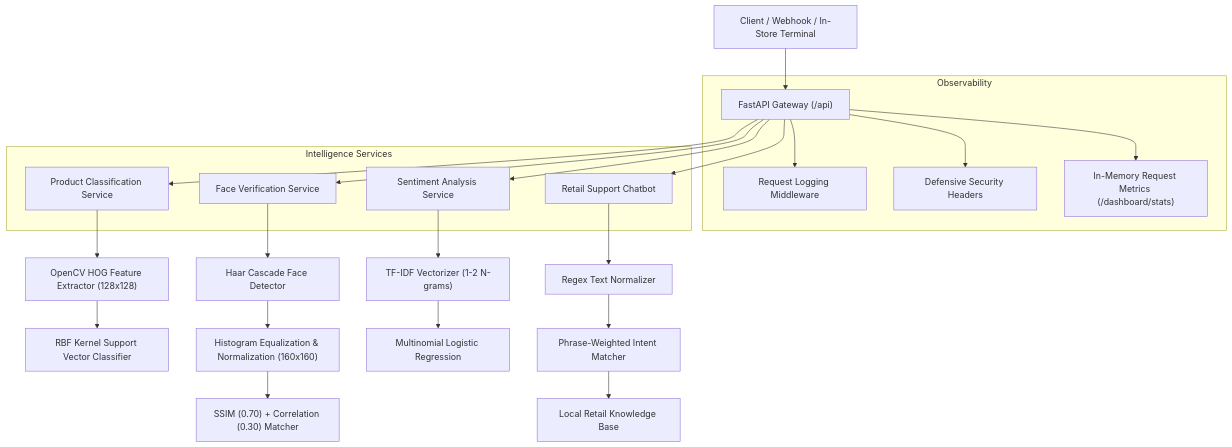
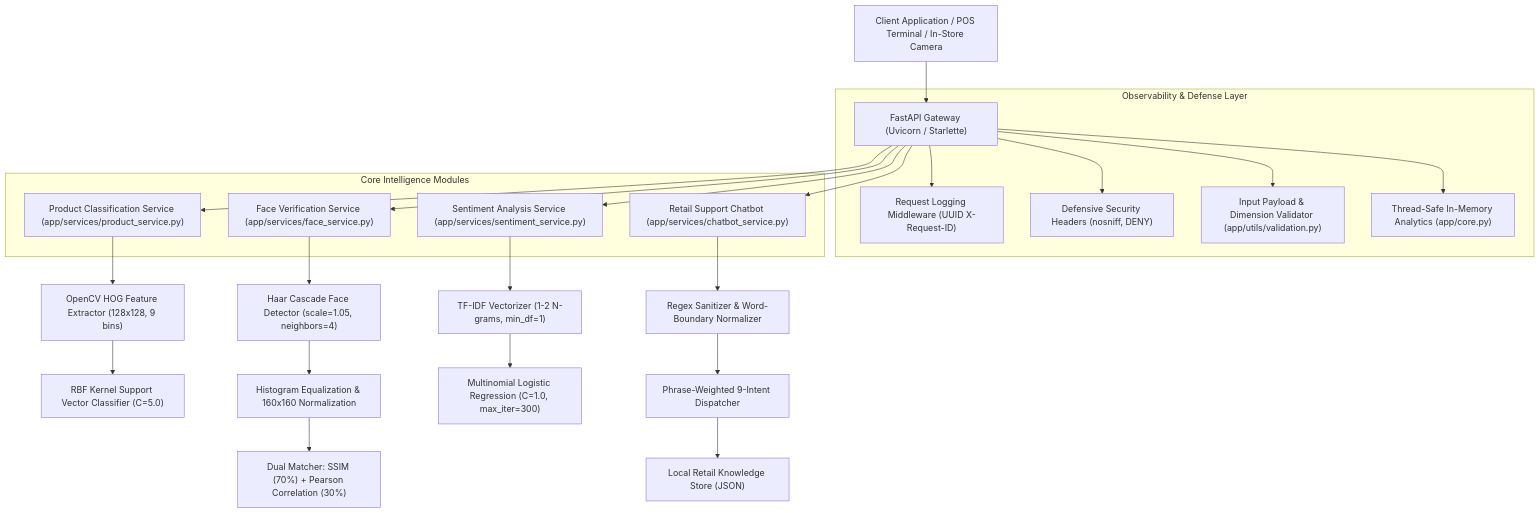
The diagram in docs/ARCHITECTURE.md (1-a-d-i-t-y-a/smart-retail-ai), drawn with Mermaid before and after one commit. The commit also changed other lines of this file and 373 other files, not shown here.

````diff
--- a/docs/ARCHITECTURE.md
+++ b/docs/ARCHITECTURE.md
@@ -7,31 +13,32 @@
 ```mermaid
 flowchart TD
-    Client["Client / Webhook / In-Store Terminal"] --> Gateway["FastAPI Gateway (/api)"]
+    Client["Client Application / POS Terminal / In-Store Camera"] --> Gateway["FastAPI Gateway (Uvicorn / Starlette)"]
     
-    subgraph Observability
-        Gateway --> MW["Request Logging Middleware"]
-        Gateway --> Sec["Defensive Security Headers"]
-        Gateway --> Metrics["In-Memory Request Metrics (/dashboard/stats)"]
+    subgraph Observability_and_Defense["Observability & Defense Layer"]
+        Gateway --> MW["Request Logging Middleware (UUID X-Request-ID)"]
+        Gateway --> Sec["Defensive Security Headers (nosniff, DENY)"]
+        Gateway --> Val["Input Payload & Dimension Validator (app/utils/validation.py)"]
+        Gateway --> Metrics["Thread-Safe In-Memory Analytics (app/core.py)"]
     end
 
-    subgraph Intelligence Services
-        Gateway --> Product["Product Classification Service"]
-        Gateway --> Face["Face Verification Service"]
-        Gateway --> Sentiment["Sentiment Analysis Service"]
-        Gateway --> Chatbot["Retail Support Chatbot"]
+    subgraph Intelligence_Services["Core Intelligence Modules"]
+        Gateway --> Product["Product Classification Service (app/services/product_service.py)"]
+        Gateway --> Face["Face Verification Service (app/services/face_service.py)"]
+        Gateway --> Sentiment["Sentiment Analysis Service (app/services/sentiment_service.py)"]
+        Gateway --> Chatbot["Retail Support Chatbot (app/services/chatbot_service.py)"]
     end
 
-    Product --> HOG["OpenCV HOG Feature Extractor (128x128)"]
-    HOG --> SVM["RBF Kernel Support Vector Classifier"]
+    Product --> HOG["OpenCV HOG Feature Extractor (128x128, 9 bins)"]
+    HOG --> SVM["RBF Kernel Support Vector Classifier (C=5.0)"]
     
-    Face --> Haar["Haar Cascade Face Detector"]
-    Haar --> Norm["Histogram Equalization & Normalization (160x160)"]
-    Norm --> Matcher["SSIM (0.70) + Correlation (0.30) Matcher"]
+    Face --> Haar["Haar Cascade Face Detector (scale=1.05, neighbors=4)"]
+    Haar --> Norm["Histogram Equalization & 160x160 Normalization"]
+    Norm --> Matcher["Dual Matcher: SSIM (70%) + Pearson Correlation (30%)"]
 
-    Sentiment --> TFIDF["TF-IDF Vectorizer (1-2 N-grams)"]
-    TFIDF --> LogReg["Multinomial Logistic Regression"]
+    Sentiment --> TFIDF["TF-IDF Vectorizer (1-2 N-grams, min_df=1)"]
+    TFIDF --> LogReg["Multinomial Logistic Regression (C=1.0, max_iter=300)"]
 
-    Chatbot --> Normalizer["Regex Text Normalizer"]
-    Normalizer --> IntentRouter["Phrase-Weighted Intent Matcher"]
-    IntentRouter --> Knowledge["Local Retail Knowledge Base"]
+    Chatbot --> Normalizer["Regex Sanitizer & Word-Boundary Normalizer"]
+    Normalizer --> IntentRouter["Phrase-Weighted 9-Intent Dispatcher"]
+    IntentRouter --> Knowledge["Local Retail Knowledge Store (JSON)"]
 ```
````
